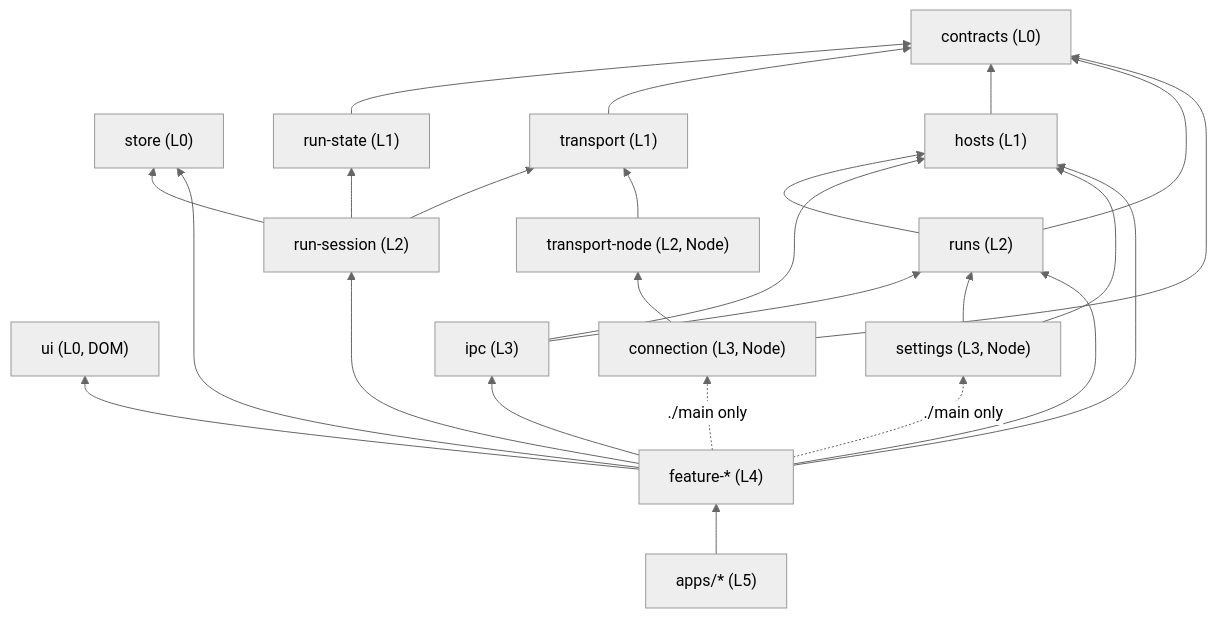
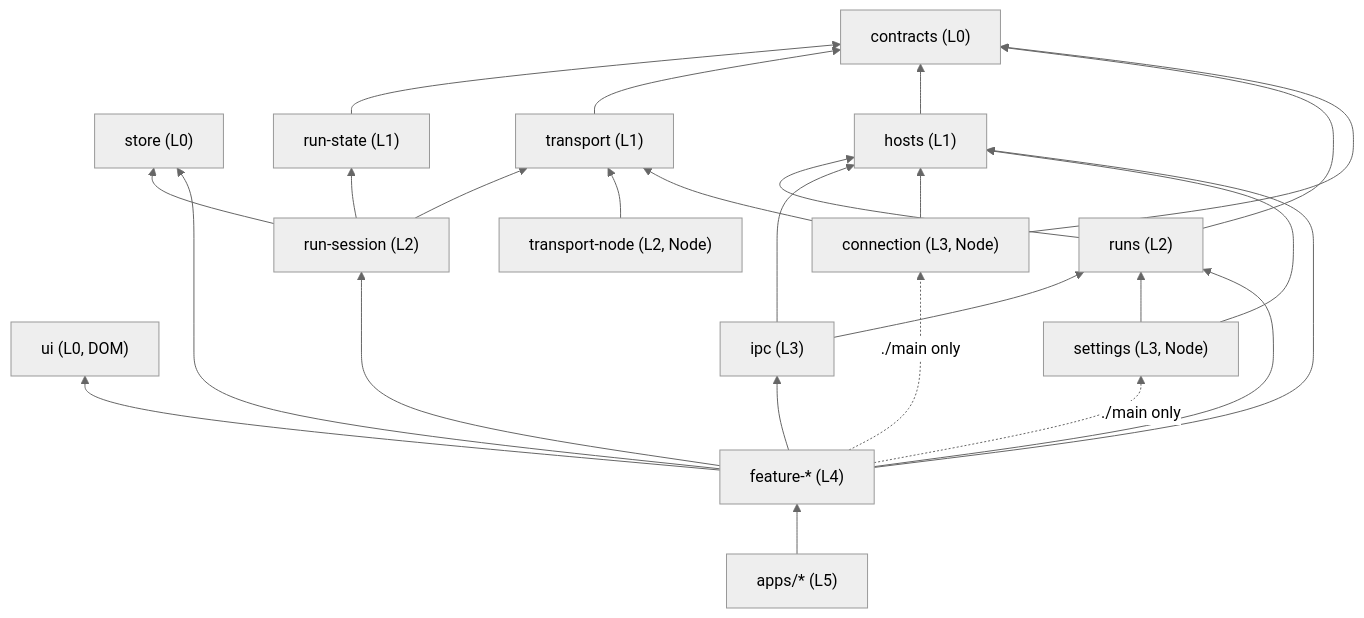
Before and after one commit to 6Mikao9/vibesys: the diagram in docs/contributing/clients-architecture.md, drawn with Mermaid (neutral theme). The commit also changed other lines of this file and 140 other files, not shown here.

````diff
--- a/docs/contributing/clients-architecture.md
+++ b/docs/contributing/clients-architecture.md
@@ -64,18 +66,18 @@
 ```mermaid
 flowchart BT
   contracts["contracts (L0)"]
   ui["ui (L0, DOM)"]
   store["store (L0)"]
   run-state["run-state (L1)"] --> contracts
   transport["transport (L1)"] --> contracts
   hosts["hosts (L1)"] --> contracts
   runs["runs (L2)"] --> contracts & hosts
   run-session["run-session (L2)"] --> run-state & transport & store
   transport-node["transport-node (L2, Node)"] --> transport
   ipc["ipc (L3)"] --> hosts & runs
-  connection["connection (L3, Node)"] --> contracts & transport-node
+  connection["connection (L3, Node)"] --> contracts & transport & hosts
   settings["settings (L3, Node)"] --> hosts & runs
   features["feature-* (L4)"] --> run-session & runs & hosts & ipc & ui & store
   features -. "./main only" .-> connection & settings
   apps["apps/* (L5)"] --> features
 ```
````
